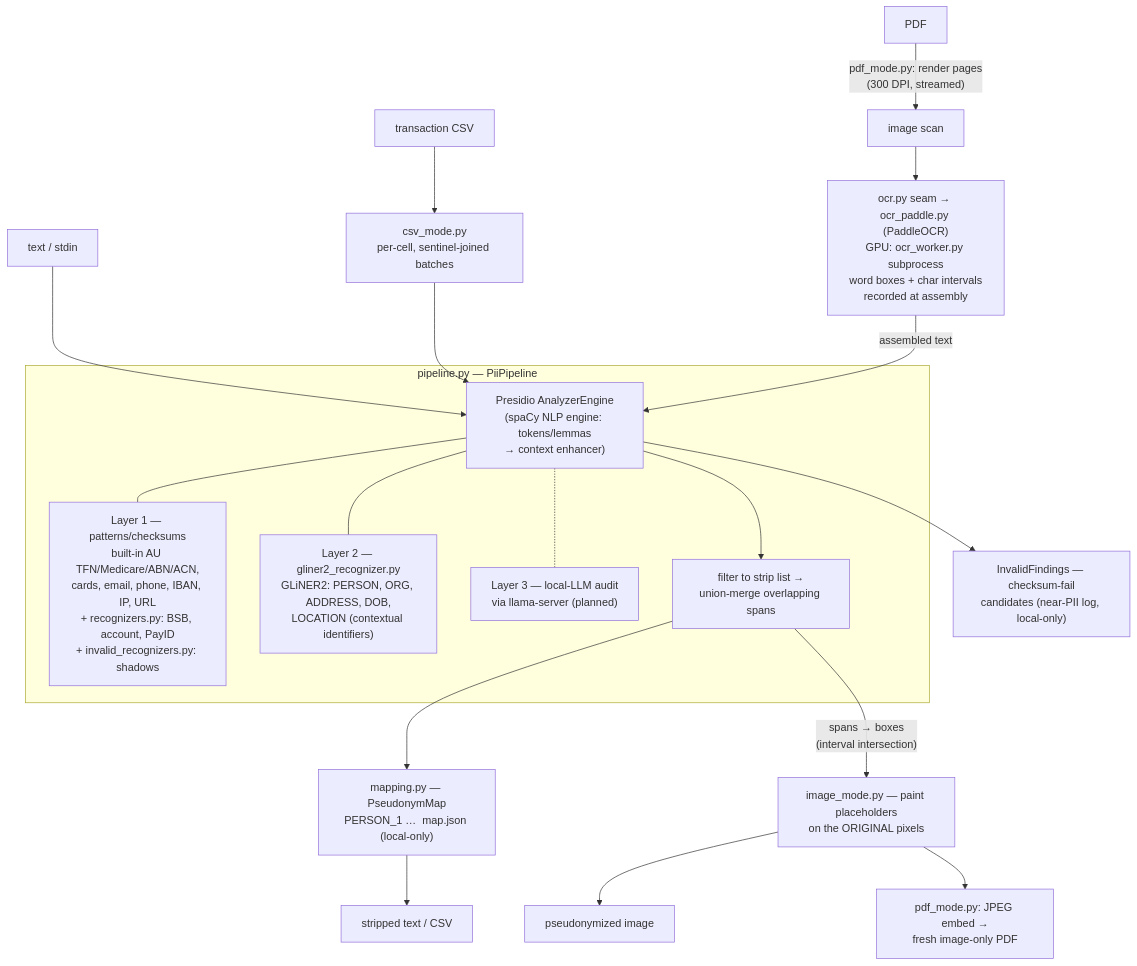
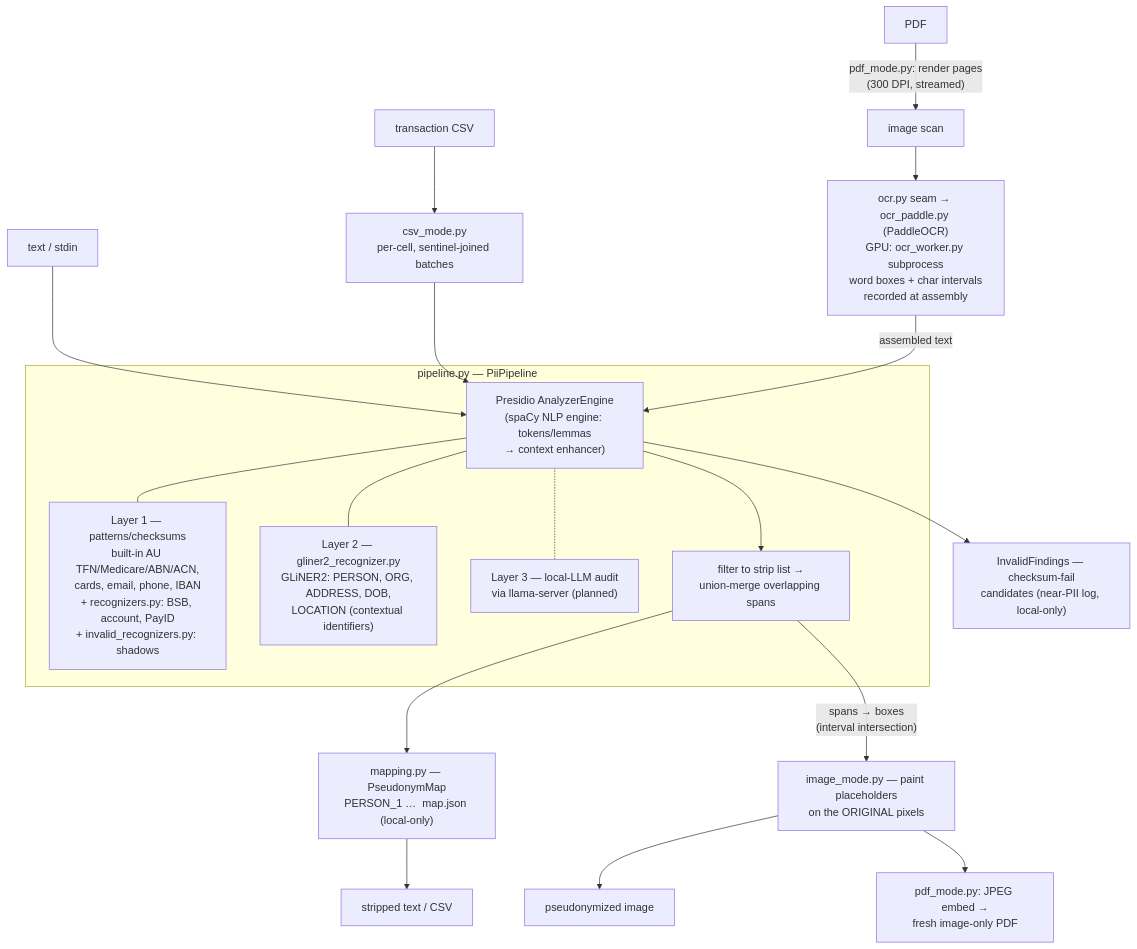
One commit to skoulik/BrokerAI changed the diagram in pii/core/ARCHITECTURE.md. Above: the diagram before and after it, drawn with Mermaid. The commit also changed other lines of this file and 4 other files, not shown here.

````diff
--- a/pii/core/ARCHITECTURE.md
+++ b/pii/core/ARCHITECTURE.md
@@ -55,34 +55,34 @@
 ```mermaid
 flowchart TB
     TXT["text / stdin"]
     CSV["transaction CSV"]
     IMG["image scan"]
     PDF["PDF"]
 
     PDF -- "pdf_mode.py: render pages<br>(300 DPI, streamed)" --> IMG
     IMG --> OCRPY["ocr.py seam → ocr_paddle.py (PaddleOCR)<br>GPU: ocr_worker.py subprocess<br>word boxes + char intervals<br>recorded at assembly"]
     CSV --> CSVM["csv_mode.py<br>per-cell, sentinel-joined batches"]
 
     TXT --> AE
     CSVM --> AE
     OCRPY -- "assembled text" --> AE
 
     subgraph PIPE["pipeline.py — PiiPipeline"]
         AE["Presidio AnalyzerEngine<br>(spaCy NLP engine: tokens/lemmas<br>→ context enhancer)"]
-        L1["Layer 1 — patterns/checksums<br>built-in AU TFN/Medicare/ABN/ACN,<br>cards, email, phone, IBAN, IP, URL<br>+ recognizers.py: BSB, account, PayID<br>+ invalid_recognizers.py: shadows"]
+        L1["Layer 1 — patterns/checksums<br>built-in AU TFN/Medicare/ABN/ACN,<br>cards, email, phone, IBAN<br>+ recognizers.py: BSB, account, PayID<br>+ invalid_recognizers.py: shadows"]
         L2["Layer 2 — gliner2_recognizer.py<br>GLiNER2: PERSON, ORG, ADDRESS, DOB,<br>LOCATION (contextual identifiers)"]
         L3["Layer 3 — local-LLM audit<br>via llama-server (planned)"]
         MRG["filter to strip list →<br>union-merge overlapping spans"]
         AE --- L1
         AE --- L2
         AE -.- L3
         AE --> MRG
     end
 
     MRG --> PM["mapping.py — PseudonymMap<br>PERSON_1 …  map.json (local-only)"]
     AE --> INV["InvalidFindings — checksum-fail<br>candidates (near-PII log, local-only)"]
     PM --> OUT1["stripped text / CSV"]
     MRG -- "spans → boxes<br>(interval intersection)" --> PAINT["image_mode.py — paint placeholders<br>on the ORIGINAL pixels"]
     PAINT --> OUT2["pseudonymized image"]
     PAINT --> OUT3["pdf_mode.py: JPEG embed →<br>fresh image-only PDF"]
 ```
````
